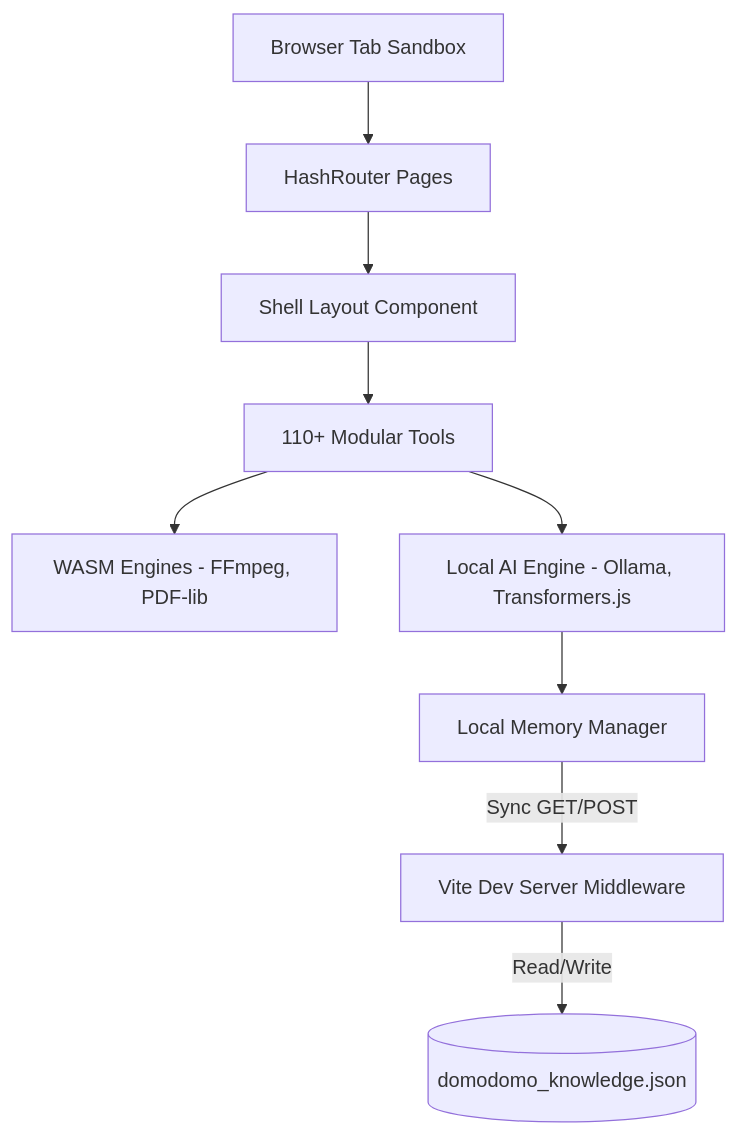
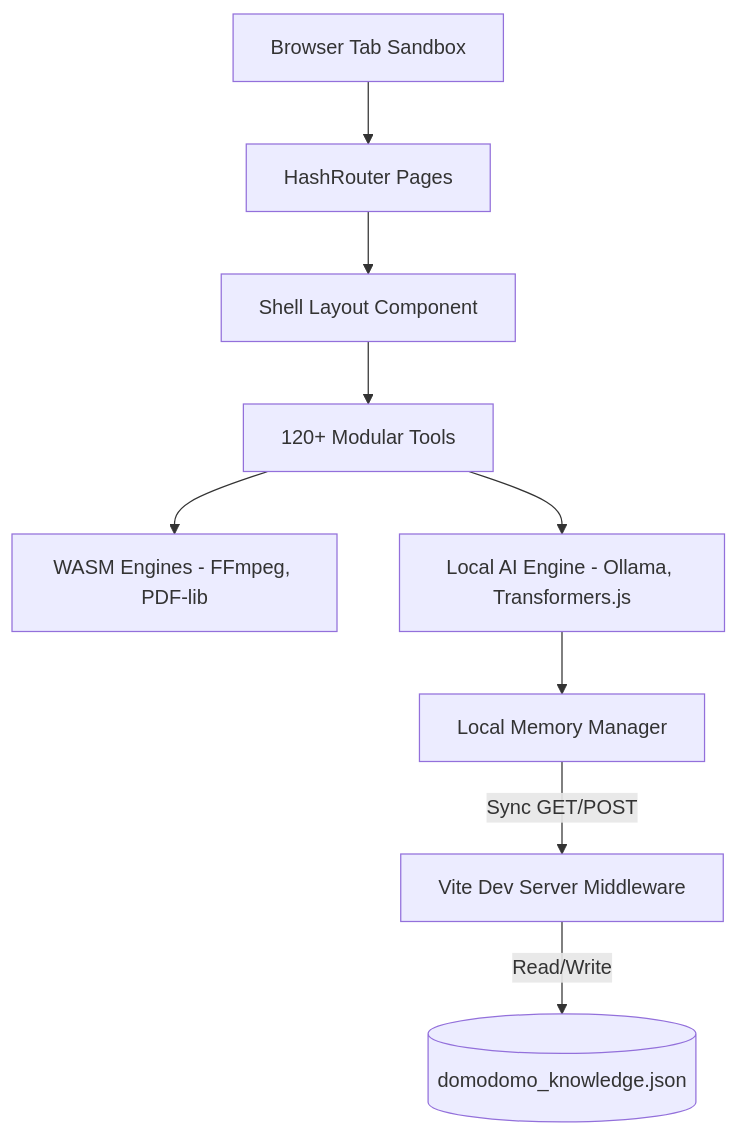
The diagram in DESIGN.md (darknecrocities/DomoDomo---All-in-one-Tool), drawn with Mermaid before and after one commit. The commit also changed other lines of this file and 7 other files, not shown here.

````diff
--- a/DESIGN.md
+++ b/DESIGN.md
@@ -22,11 +22,11 @@
 ```mermaid
 graph TD
     Client[Browser Tab Sandbox] --> Router[HashRouter Pages]
     Router --> Shell[Shell Layout Component]
-    Shell --> Tools[110+ Modular Tools]
+    Shell --> Tools[120+ Modular Tools]
     Tools --> WASM[WASM Engines - FFmpeg, PDF-lib]
     Tools --> AI[Local AI Engine - Ollama, Transformers.js]
     AI --> LocalMemory[Local Memory Manager]
     LocalMemory -->|Sync GET/POST| Vite[Vite Dev Server Middleware]
     Vite -->|Read/Write| File[(domodomo_knowledge.json)]
 ```
````
